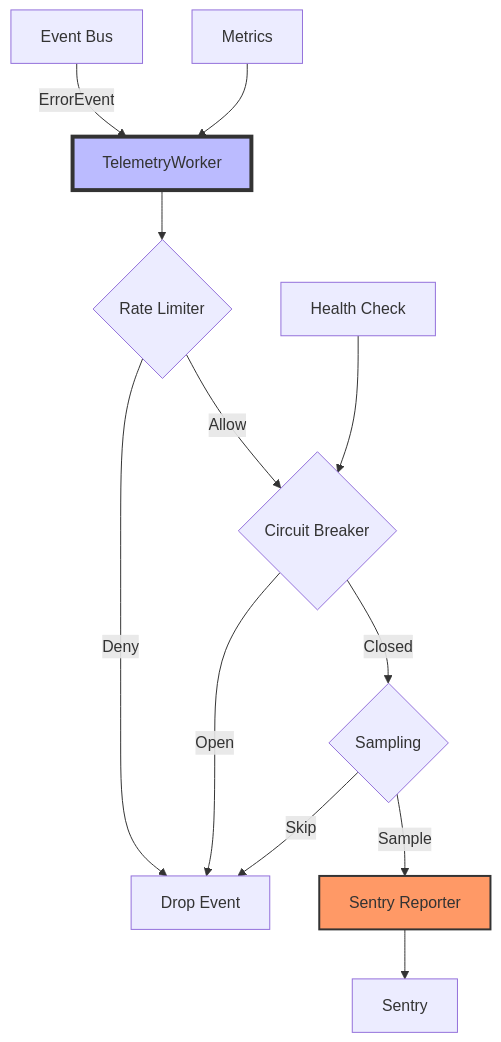
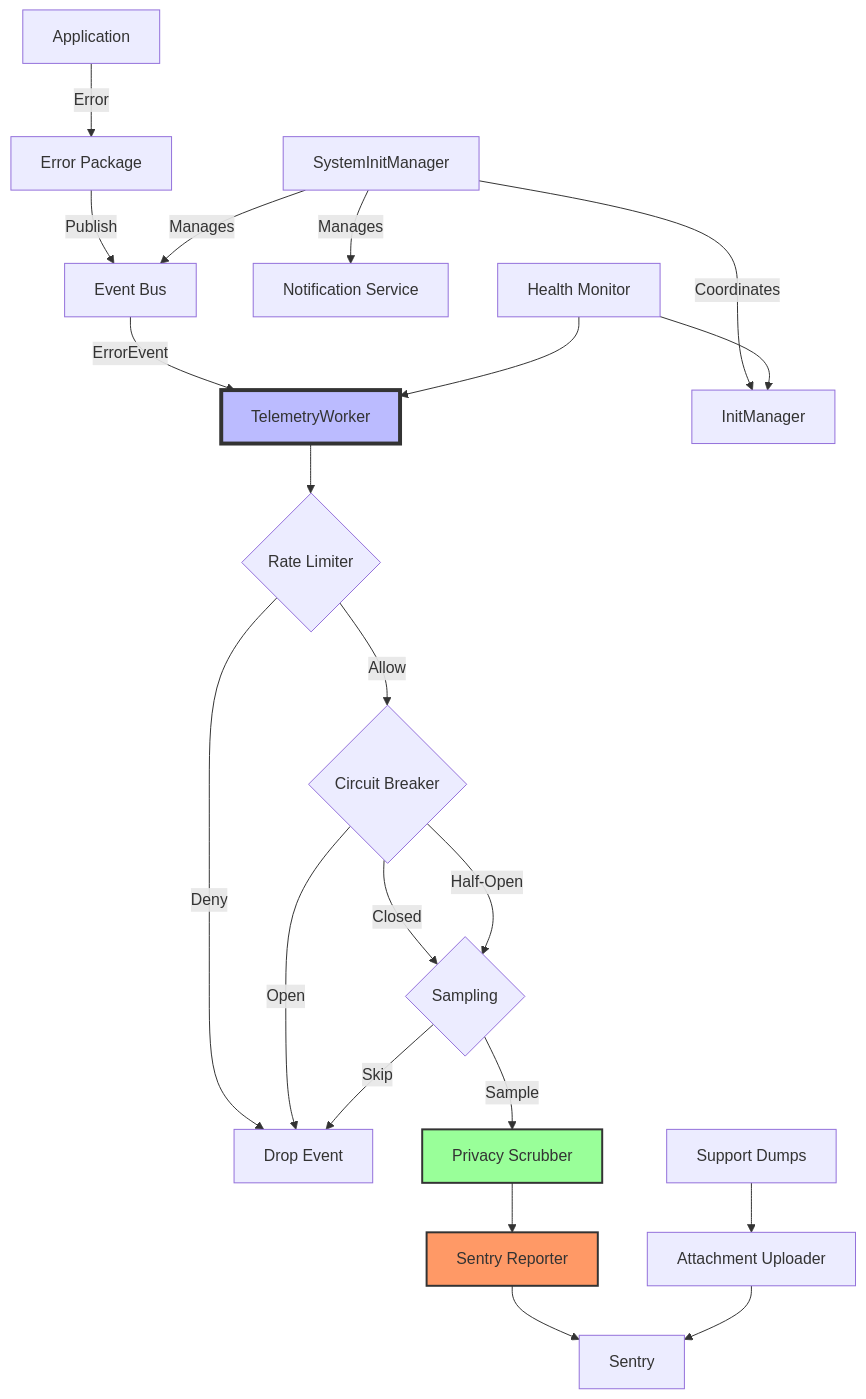
The diagram in internal/telemetry/README.md (tphakala/birdnet-go), drawn with Mermaid before and after one commit. The commit also changed other lines of this file and 3 other files, not shown here.

First line of the commit message:
refactor(telemetry): integrate privacy package for data scrubbing

````diff
--- a/internal/telemetry/README.md
+++ b/internal/telemetry/README.md
@@ -16,18 +19,31 @@
 ```mermaid
 graph TD
-    A[Event Bus] -->|ErrorEvent| B[TelemetryWorker]
-    B --> C{Rate Limiter}
-    C -->|Allow| D{Circuit Breaker}
-    C -->|Deny| E[Drop Event]
-    D -->|Open| E
-    D -->|Closed| F{Sampling}
-    F -->|Sample| G[Sentry Reporter]
-    F -->|Skip| E
-    G --> H[Sentry]
+    A[Application] -->|Error| B[Error Package]
+    B -->|Publish| C[Event Bus]
+    C -->|ErrorEvent| D[TelemetryWorker]
     
-    I[Metrics] --> B
-    J[Health Check] --> D
+    D --> E{Rate Limiter}
+    E -->|Allow| F{Circuit Breaker}
+    E -->|Deny| G[Drop Event]
+    F -->|Open| G
+    F -->|Closed| H{Sampling}
+    F -->|Half-Open| H
+    H -->|Sample| I[Privacy Scrubber]
+    H -->|Skip| G
+    I --> J[Sentry Reporter]
+    J --> K[Sentry]
     
-    style B fill:#bbf,stroke:#333,stroke-width:4px
-    style G fill:#f96,stroke:#333,stroke-width:2px
+    L[SystemInitManager] -->|Coordinates| M[InitManager]
+    L -->|Manages| N[Notification Service]
+    L -->|Manages| C
+    
+    O[Health Monitor] --> D
+    O --> M
+    
+    P[Attachment Uploader] --> K
+    Q[Support Dumps] --> P
+    
+    style D fill:#bbf,stroke:#333,stroke-width:4px
+    style J fill:#f96,stroke:#333,stroke-width:2px
+    style I fill:#9f9,stroke:#333,stroke-width:2px
 ```
````
